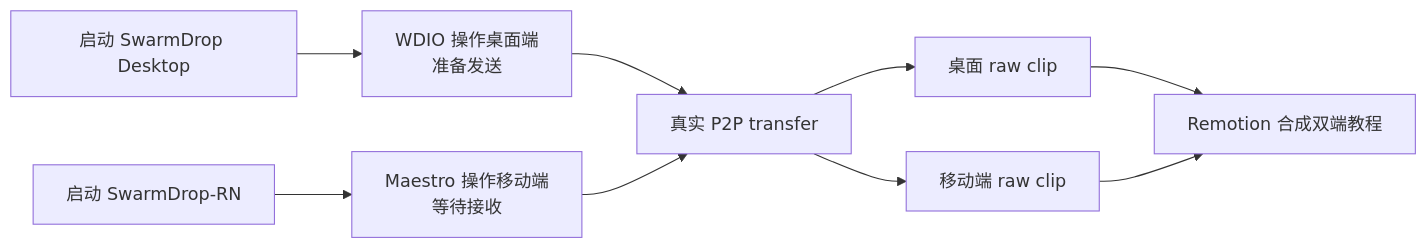
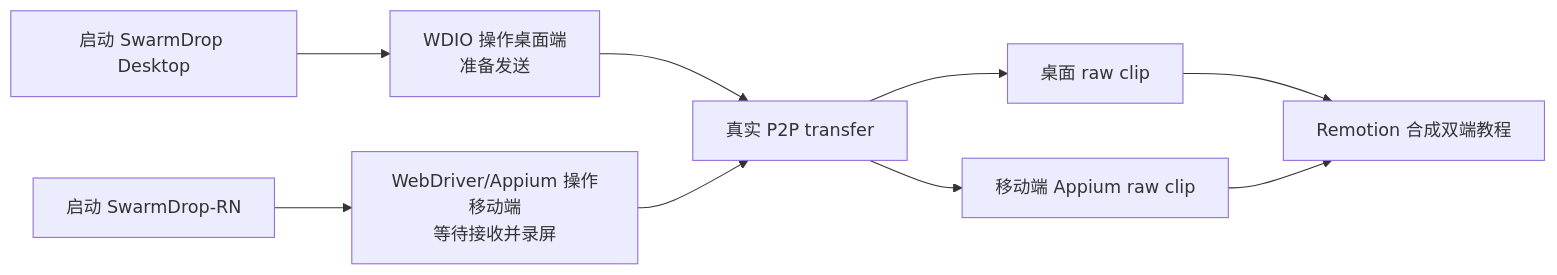
Before and after one commit to swarm-apps/SwarmDrop: the second of 3 diagrams in dev-notes/blogs/desktop-demo-recording-pipeline.md, drawn with Mermaid. The commit also changed other lines of this file and 30 other files, not shown here.

````diff
--- a/dev-notes/blogs/desktop-demo-recording-pipeline.md
+++ b/dev-notes/blogs/desktop-demo-recording-pipeline.md
@@ -153,11 +154,11 @@
 ```mermaid
 flowchart LR
     A[启动 SwarmDrop Desktop] --> B[WDIO 操作桌面端<br/>准备发送]
-    C[启动 SwarmDrop-RN] --> D[Maestro 操作移动端<br/>等待接收]
+    C[启动 SwarmDrop-RN] --> D[WebDriver/Appium 操作移动端<br/>等待接收并录屏]
     B --> E[真实 P2P transfer]
     D --> E
     E --> F[桌面 raw clip]
-    E --> G[移动端 raw clip]
+    E --> G[移动端 Appium raw clip]
     F --> H[Remotion 合成双端教程]
     G --> H
 ```
````
